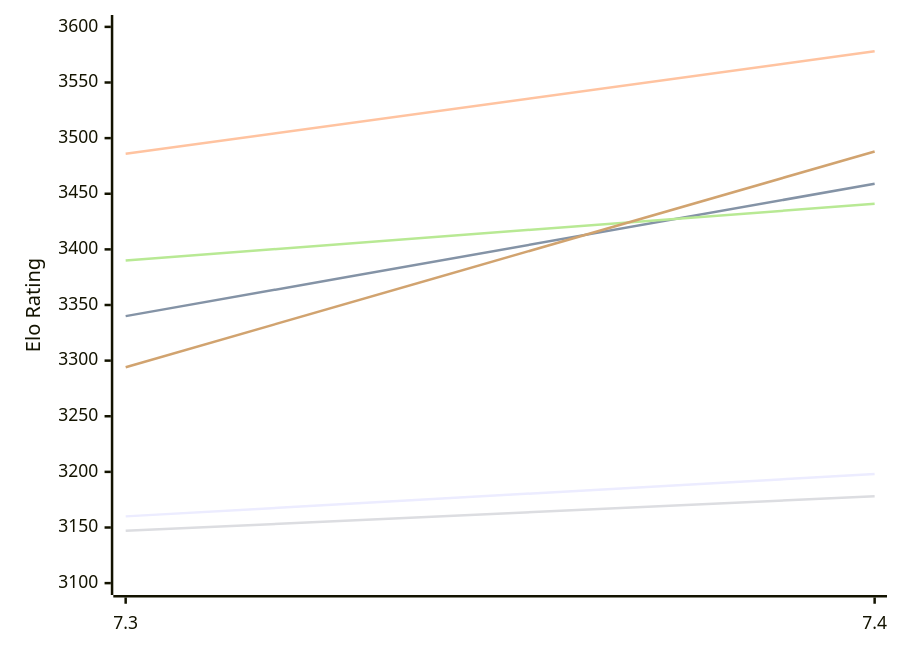
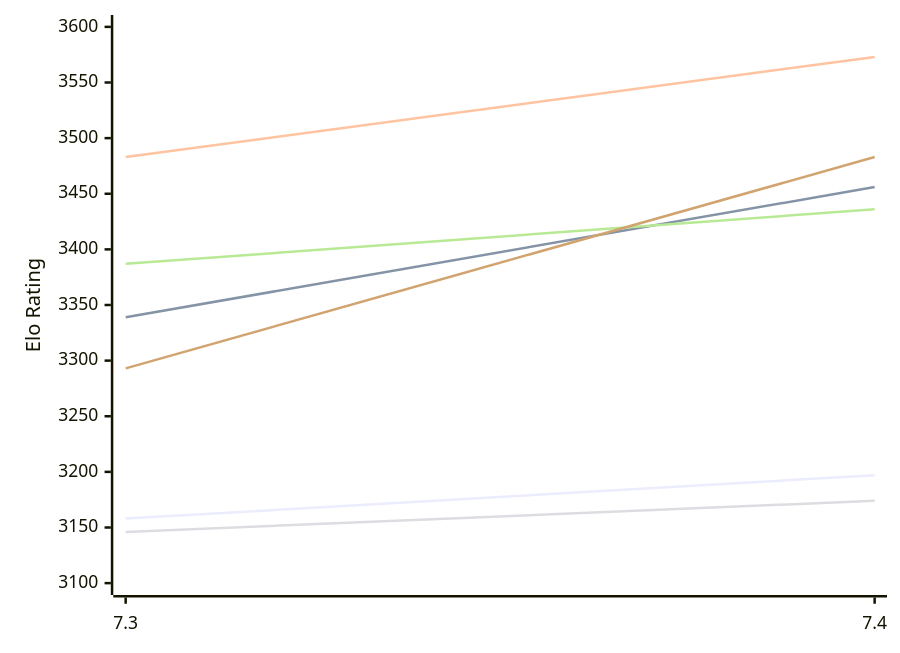
One commit to computer-chess-index/cci changed the diagram in engines/Booot.md. Above: the diagram before and after it, drawn with Mermaid. The commit also changed other lines of this file, not shown here.

Commit message:
Update CCI Ratings (ELO VLTC) - 2026-11-19

````diff
--- a/engines/Booot.md
+++ b/engines/Booot.md
@@ -49,12 +49,12 @@
 ```mermaid
 %%{init: {"theme":"base","themeVariables":{"seriesColors:['#a3a3a3','#222221','#faa371']}}}%%
 xychart-beta
   x-axis ["7.3", "7.4"]
   y-axis "Elo Rating" 3100 --> 3600
-  line "E1: STC (8.0+0.08s)" [3160, 3198]
-  line "E1: LTC (60.0+0.60s)" [3340, 3459]
-  line "E1: VLTC (2m24s+1.12s)" [3486, 3578]
-  line "P1: STC (8.0+0.08s)" [3147, 3178]
-  line "P1: LTC (60.0+0.60s)" [3390, 3441]
-  line "P1: VLTC (2m24s+1.12s)" [3294, 3488]
+  line "E1: STC (8.0+0.08s)" [3158, 3197]
+  line "E1: LTC (60.0+0.60s)" [3339, 3456]
+  line "E1: VLTC (2m24s+1.12s)" [3483, 3573]
+  line "P1: STC (8.0+0.08s)" [3146, 3174]
+  line "P1: LTC (60.0+0.60s)" [3387, 3436]
+  line "P1: VLTC (2m24s+1.12s)" [3293, 3483]
 ```
````
